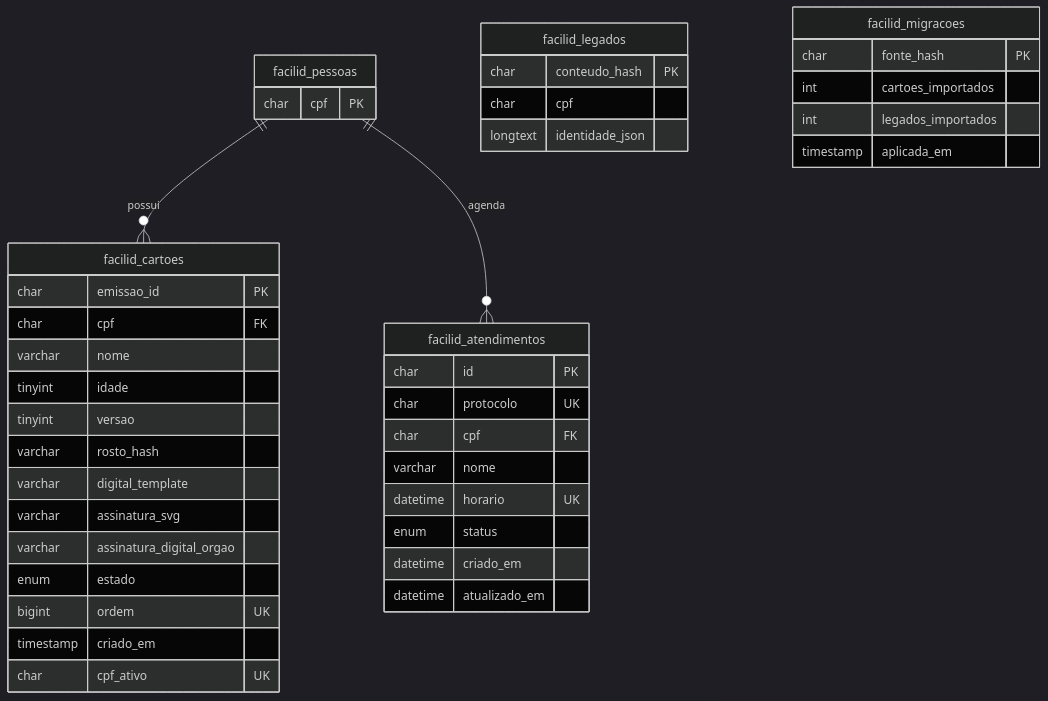
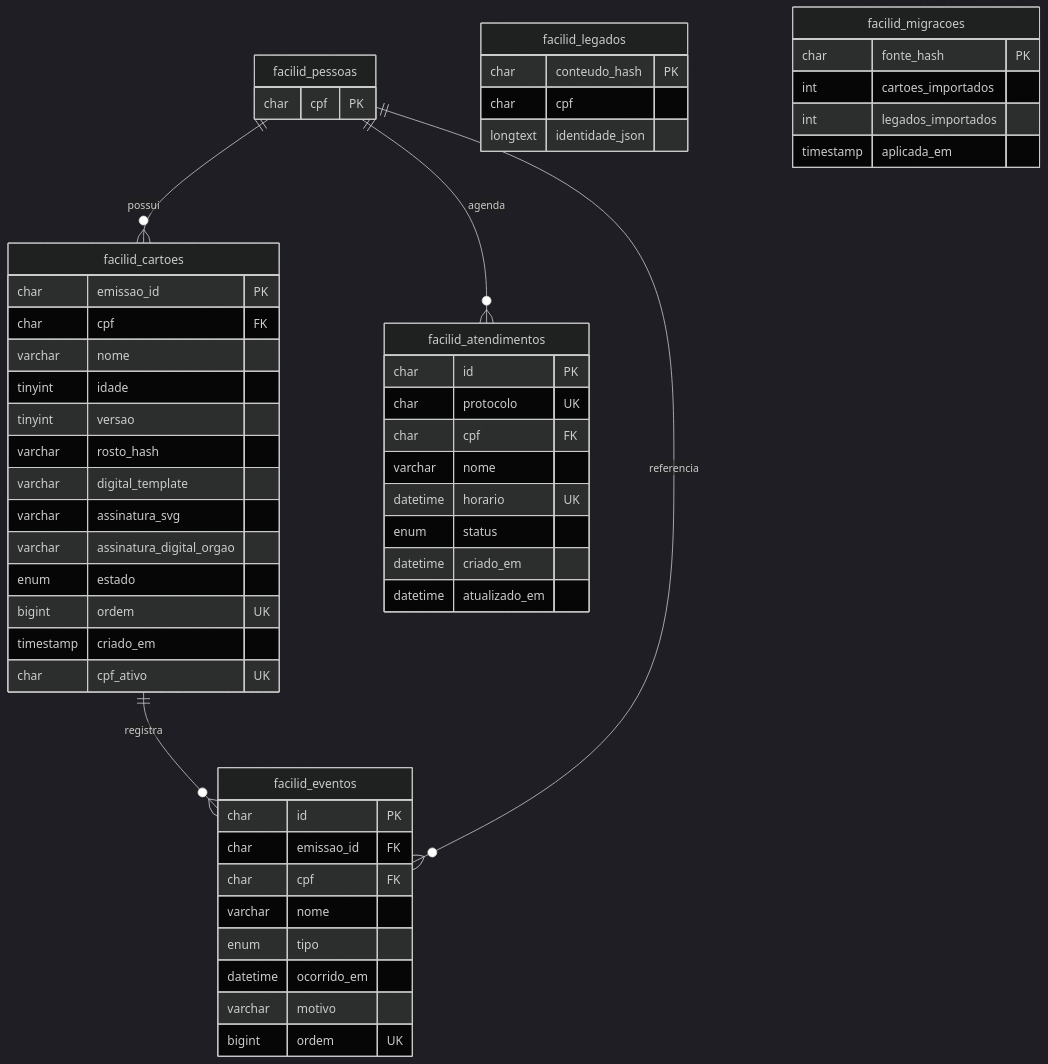
The diagram in docs/BANCO-DE-DADOS.md (marcoszhp/facilId), drawn with Mermaid (dark theme) before and after one commit. The commit also changed other lines of this file and 34 other files, not shown here.

````diff
--- a/docs/BANCO-DE-DADOS.md
+++ b/docs/BANCO-DE-DADOS.md
@@ -24,44 +24,56 @@
 ```mermaid
 erDiagram
   facilid_pessoas ||--o{ facilid_cartoes : possui
   facilid_pessoas ||--o{ facilid_atendimentos : agenda
+  facilid_cartoes ||--o{ facilid_eventos : registra
+  facilid_pessoas ||--o{ facilid_eventos : referencia
   facilid_pessoas {
     char cpf PK
   }
   facilid_cartoes {
     char emissao_id PK
     char cpf FK
     varchar nome
     tinyint idade
     tinyint versao
     varchar rosto_hash
     varchar digital_template
     varchar assinatura_svg
     varchar assinatura_digital_orgao
     enum estado
     bigint ordem UK
     timestamp criado_em
     char cpf_ativo UK
   }
   facilid_atendimentos {
     char id PK
     char protocolo UK
     char cpf FK
     varchar nome
     datetime horario UK
     enum status
     datetime criado_em
     datetime atualizado_em
   }
+  facilid_eventos {
+    char id PK
+    char emissao_id FK
+    char cpf FK
+    varchar nome
+    enum tipo
+    datetime ocorrido_em
+    varchar motivo
+    bigint ordem UK
+  }
   facilid_legados {
     char conteudo_hash PK
     char cpf
     longtext identidade_json
   }
   facilid_migracoes {
     char fonte_hash PK
     int cartoes_importados
     int legados_importados
     timestamp aplicada_em
   }
 ```
````
